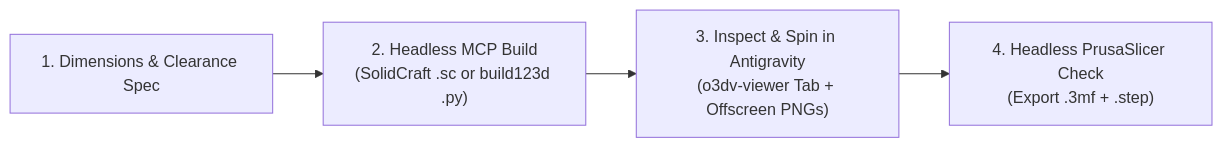
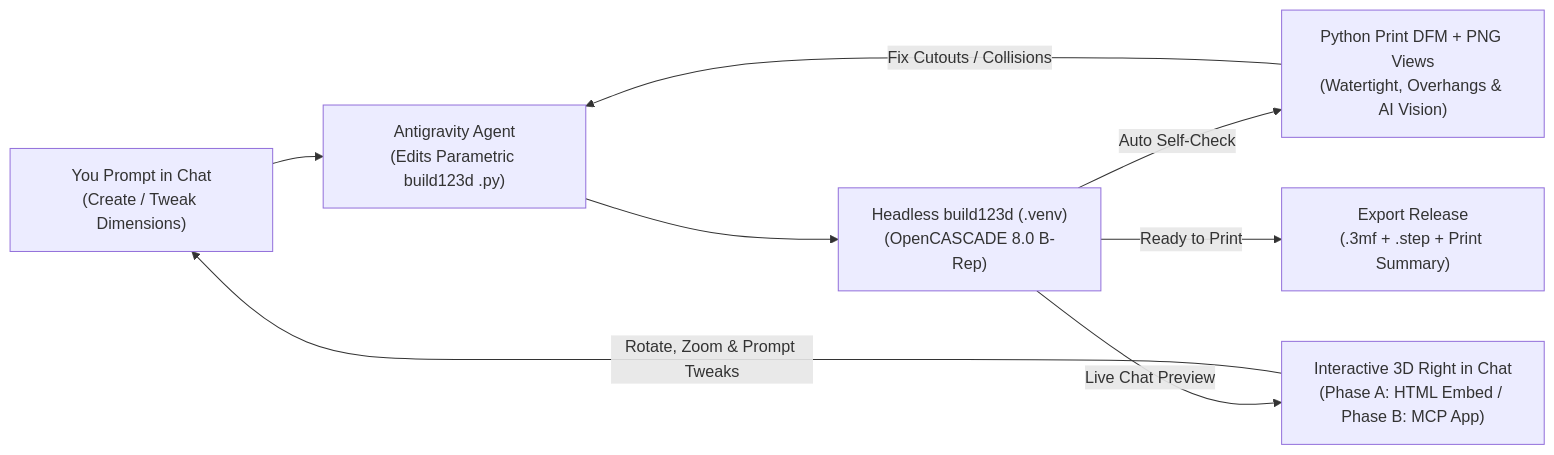
One commit to DevilSu/learn_AI_CAD_design changed the first of 2 diagrams in blueprints/overall.md. Above: the diagram before and after it, drawn with Mermaid. The commit also changed other lines of this file and 1 other file, not shown here.

Commit message:
docs: pivot CAD plan to pure headless build123d with in-chat 3D HTML/MCP viewer

````diff
--- a/blueprints/overall.md
+++ b/blueprints/overall.md
@@ -55,7 +59,13 @@
 ```mermaid
 flowchart LR
-    S1["1. Dimensions & Clearance Spec"] -->
-    S2["2. Headless MCP Build<br/>(SolidCraft .sc or build123d .py)"] -->
-    S3["3. Inspect & Spin in Antigravity<br/>(o3dv-viewer Tab + Offscreen PNGs)"] -->
-    S4["4. Headless PrusaSlicer Check<br/>(Export .3mf + .step)"]
+    USER["You Prompt in Chat<br/>(Create / Tweak Dimensions)"] --> AGENT["Antigravity Agent<br/>(Edits Parametric build123d .py)"]
+    AGENT --> KERNEL["Headless build123d (.venv)<br/>(OpenCASCADE 8.0 B-Rep)"]
+
+    KERNEL -->|"Auto Self-Check"| AUDIT["Python Print DFM + PNG Views<br/>(Watertight, Overhangs & AI Vision)"]
+    AUDIT -->|"Fix Cutouts / Collisions"| AGENT
+
+    KERNEL -->|"Live Chat Preview"| EMBED["Interactive 3D Right in Chat<br/>(Phase A: HTML Embed / Phase B: MCP App)"]
+    EMBED -->|"Rotate, Zoom & Prompt Tweaks"| USER
+
+    KERNEL -->|"Ready to Print"| FAB["Export Release<br/>(.3mf + .step + Print Summary)"]
 ```
````
